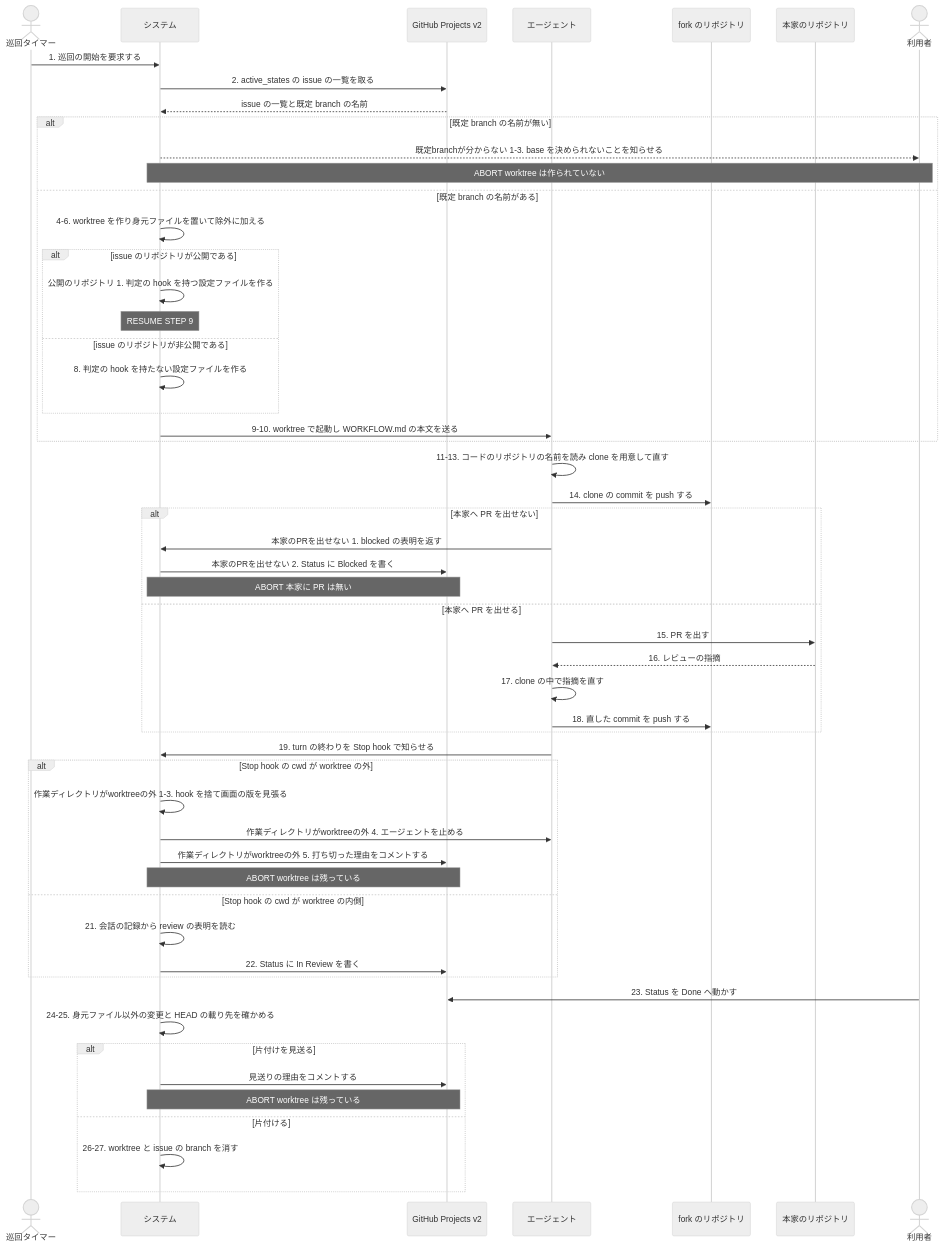
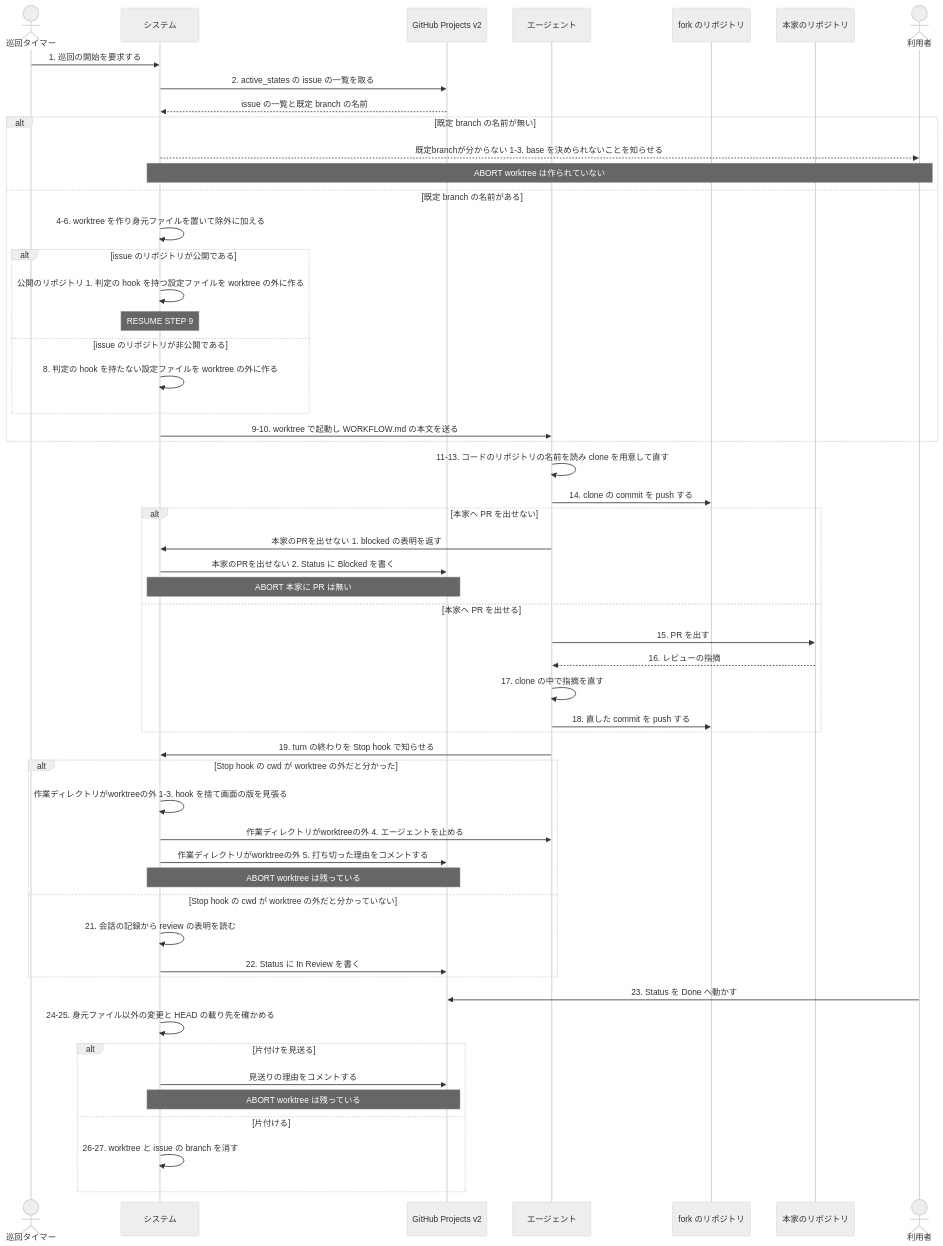
The second of 2 diagrams in docs/spec/usecases/particular_case/本家のリポジトリへ PR を出す.rucm.md (maimuzo/continuo), drawn with Mermaid (neutral theme) before and after one commit. The commit also changed other lines of this file and 7 other files, not shown here.

````diff
--- a/docs/spec/usecases/particular_case/本家のリポジトリへ PR を出す.rucm.md
+++ b/docs/spec/usecases/particular_case/本家のリポジトリへ PR を出す.rucm.md
@@ -180,57 +180,57 @@
 ```mermaid
 sequenceDiagram
     actor TIMER as 巡回タイマー
     participant SYS as システム
     participant BOARD as GitHub Projects v2
     participant CC as エージェント
     participant FORK as fork のリポジトリ
     participant UP as 本家のリポジトリ
     actor USER as 利用者
 
     TIMER->>SYS: 1. 巡回の開始を要求する
     SYS->>BOARD: 2. active_states の issue の一覧を取る
     BOARD-->>SYS: issue の一覧と既定 branch の名前
     alt 既定 branch の名前が無い
         SYS-->>USER: 既定branchが分からない 1-3. base を決められないことを知らせる
         Note over SYS,USER: ABORT worktree は作られていない
     else 既定 branch の名前がある
         SYS->>SYS: 4-6. worktree を作り身元ファイルを置いて除外に加える
         alt issue のリポジトリが公開である
-            SYS->>SYS: 公開のリポジトリ 1. 判定の hook を持つ設定ファイルを作る
+            SYS->>SYS: 公開のリポジトリ 1. 判定の hook を持つ設定ファイルを worktree の外に作る
             Note over SYS: RESUME STEP 9
         else issue のリポジトリが非公開である
-            SYS->>SYS: 8. 判定の hook を持たない設定ファイルを作る
+            SYS->>SYS: 8. 判定の hook を持たない設定ファイルを worktree の外に作る
         end
         SYS->>CC: 9-10. worktree で起動し WORKFLOW.md の本文を送る
     end
     CC->>CC: 11-13. コードのリポジトリの名前を読み clone を用意して直す
     CC->>FORK: 14. clone の commit を push する
     alt 本家へ PR を出せない
         CC->>SYS: 本家のPRを出せない 1. blocked の表明を返す
         SYS->>BOARD: 本家のPRを出せない 2. Status に Blocked を書く
         Note over SYS,BOARD: ABORT 本家に PR は無い
     else 本家へ PR を出せる
         CC->>UP: 15. PR を出す
         UP-->>CC: 16. レビューの指摘
         CC->>CC: 17. clone の中で指摘を直す
         CC->>FORK: 18. 直した commit を push する
     end
     CC->>SYS: 19. turn の終わりを Stop hook で知らせる
-    alt Stop hook の cwd が worktree の外
+    alt Stop hook の cwd が worktree の外だと分かった
         SYS->>SYS: 作業ディレクトリがworktreeの外 1-3. hook を捨て画面の版を見張る
         SYS->>CC: 作業ディレクトリがworktreeの外 4. エージェントを止める
         SYS->>BOARD: 作業ディレクトリがworktreeの外 5. 打ち切った理由をコメントする
         Note over SYS,BOARD: ABORT worktree は残っている
-    else Stop hook の cwd が worktree の内側
+    else Stop hook の cwd が worktree の外だと分かっていない
         SYS->>SYS: 21. 会話の記録から review の表明を読む
         SYS->>BOARD: 22. Status に In Review を書く
     end
     USER->>BOARD: 23. Status を Done へ動かす
     SYS->>SYS: 24-25. 身元ファイル以外の変更と HEAD の載り先を確かめる
     alt 片付けを見送る
         SYS->>BOARD: 見送りの理由をコメントする
         Note over SYS,BOARD: ABORT worktree は残っている
     else 片付ける
         SYS->>SYS: 26-27. worktree と issue の branch を消す
     end
 ```
````
